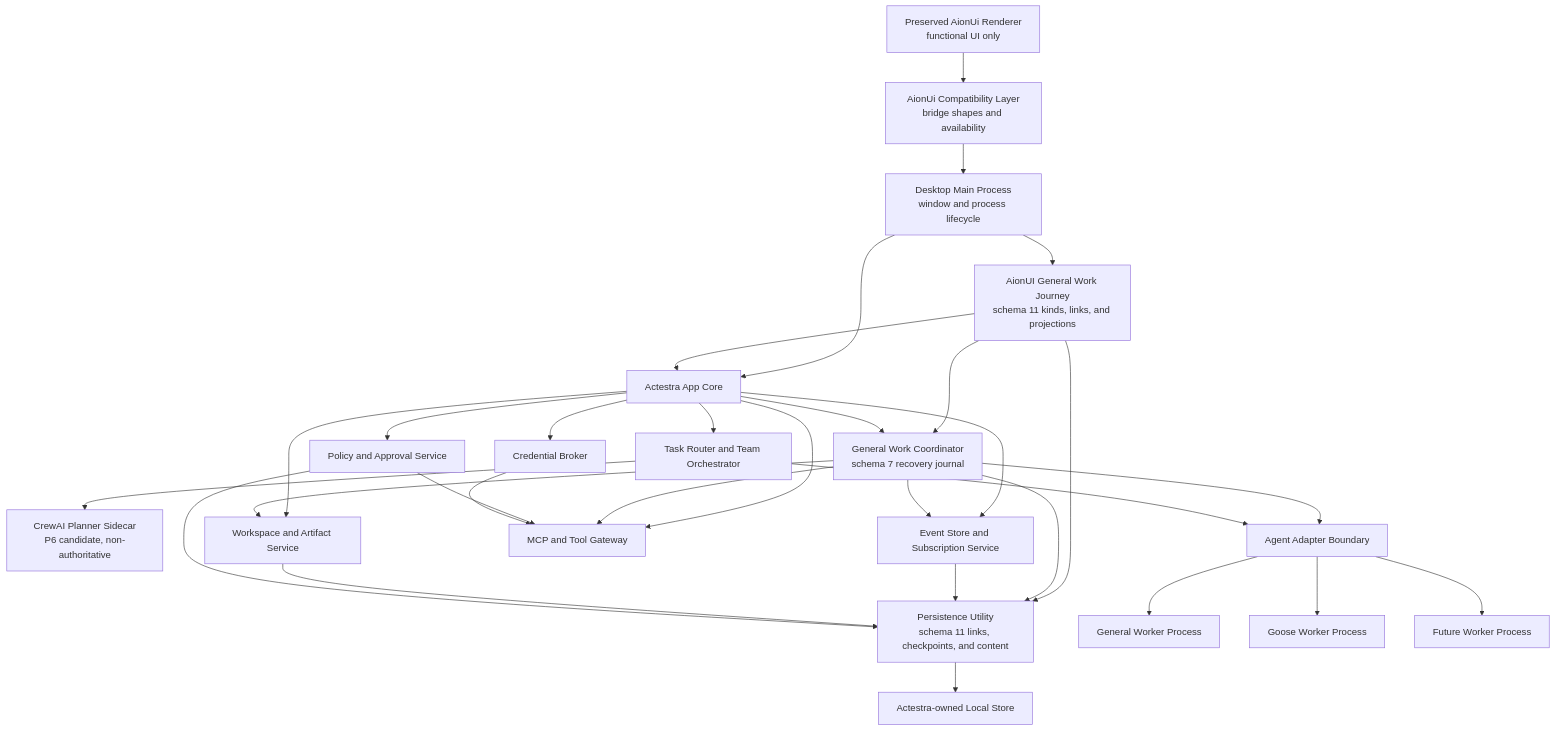
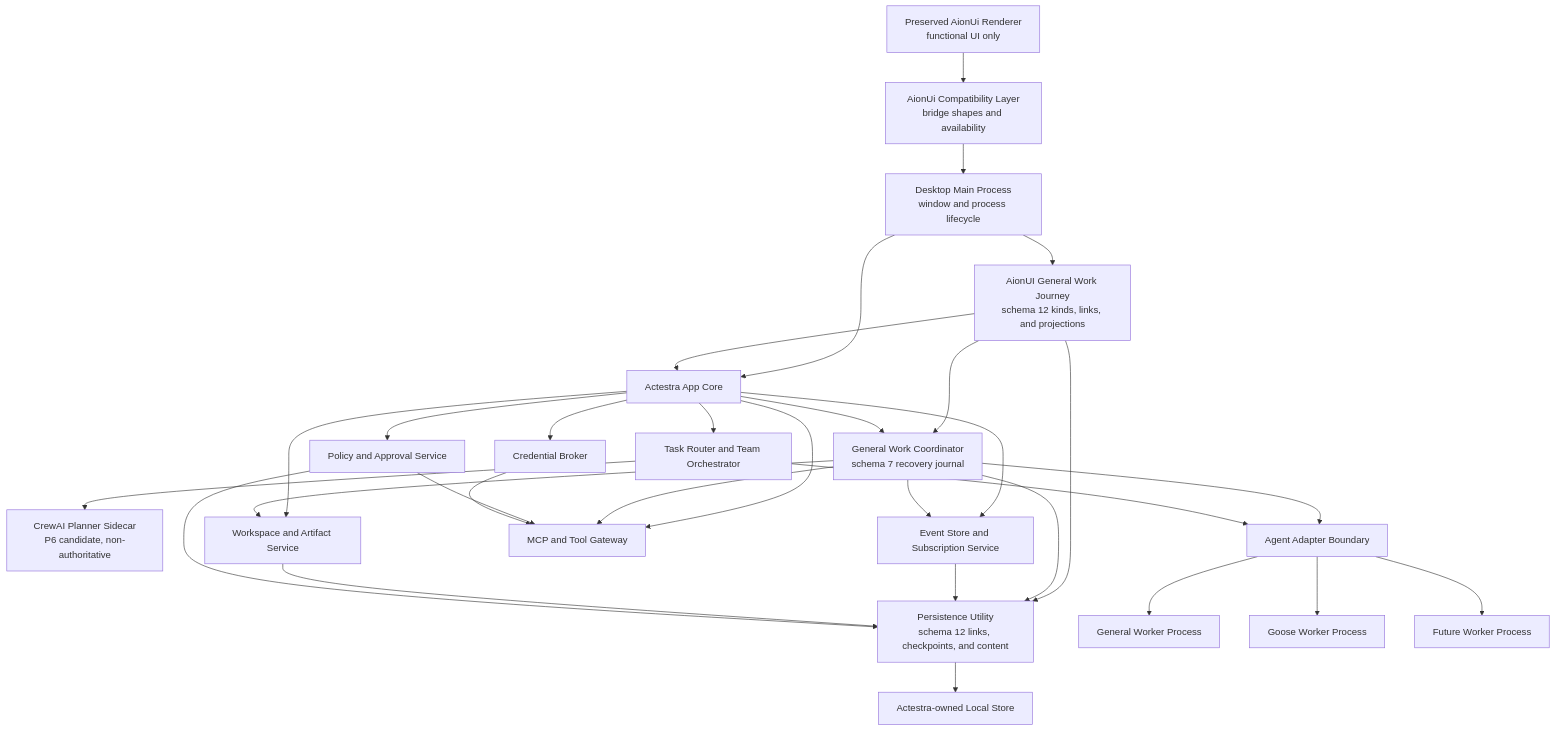
Before and after one commit to Ablankpaper/actestra-desktop: the diagram in docs/architecture/SYSTEM_OVERVIEW.md, drawn with Mermaid. The commit also changed other lines of this file and 43 other files, not shown here.

````diff
--- a/docs/architecture/SYSTEM_OVERVIEW.md
+++ b/docs/architecture/SYSTEM_OVERVIEW.md
@@ -18,53 +19,53 @@
 ```mermaid
 flowchart TD
     RENDERER["Preserved AionUi Renderer\nfunctional UI only"]
     COMPAT["AionUi Compatibility Layer\nbridge shapes and availability"]
     MAIN["Desktop Main Process\nwindow and process lifecycle"]
     CORE["Actestra App Core"]
-    JOURNEY["AionUI General Work Journey\nschema 11 kinds, links, and projections"]
+    JOURNEY["AionUI General Work Journey\nschema 12 kinds, links, and projections"]
     RECOVERY["General Work Coordinator\nschema 7 recovery journal"]
     ROUTER["Task Router and Team Orchestrator"]
     PLANNER["CrewAI Planner Sidecar\nP6 candidate, non-authoritative"]
     POLICY["Policy and Approval Service"]
     EVENTS["Event Store and Subscription Service"]
     ARTIFACTS["Workspace and Artifact Service"]
     CREDS["Credential Broker"]
     TOOLS["MCP and Tool Gateway"]
-    PERSIST["Persistence Utility\nschema 11 links, checkpoints, and content"]
+    PERSIST["Persistence Utility\nschema 12 links, checkpoints, and content"]
     ADAPTERS["Agent Adapter Boundary"]
     GENERAL["General Worker Process"]
     GOOSE["Goose Worker Process"]
     FUTURE["Future Worker Process"]
     STORE["Actestra-owned Local Store"]
 
     RENDERER --> COMPAT
     COMPAT --> MAIN
     MAIN --> CORE
     MAIN --> JOURNEY
     JOURNEY --> CORE
     JOURNEY --> RECOVERY
     JOURNEY --> PERSIST
     CORE --> RECOVERY
     CORE --> ROUTER
     CORE --> POLICY
     CORE --> EVENTS
     CORE --> ARTIFACTS
     CORE --> CREDS
     CORE --> TOOLS
     RECOVERY --> EVENTS
     RECOVERY --> ARTIFACTS
     RECOVERY --> TOOLS
     RECOVERY --> ADAPTERS
     RECOVERY --> PERSIST
     ROUTER --> ADAPTERS
     ROUTER --> PLANNER
     ADAPTERS --> GENERAL
     ADAPTERS --> GOOSE
     ADAPTERS --> FUTURE
     POLICY --> TOOLS
     CREDS --> TOOLS
     EVENTS --> PERSIST
     ARTIFACTS --> PERSIST
     POLICY --> PERSIST
     PERSIST --> STORE
 ```
````
